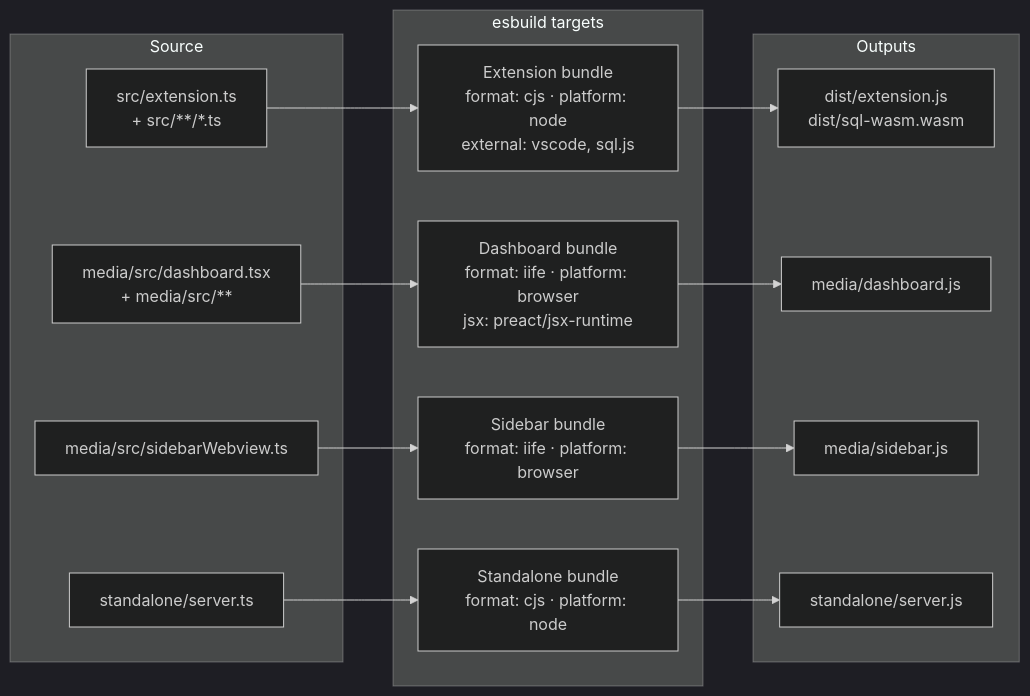
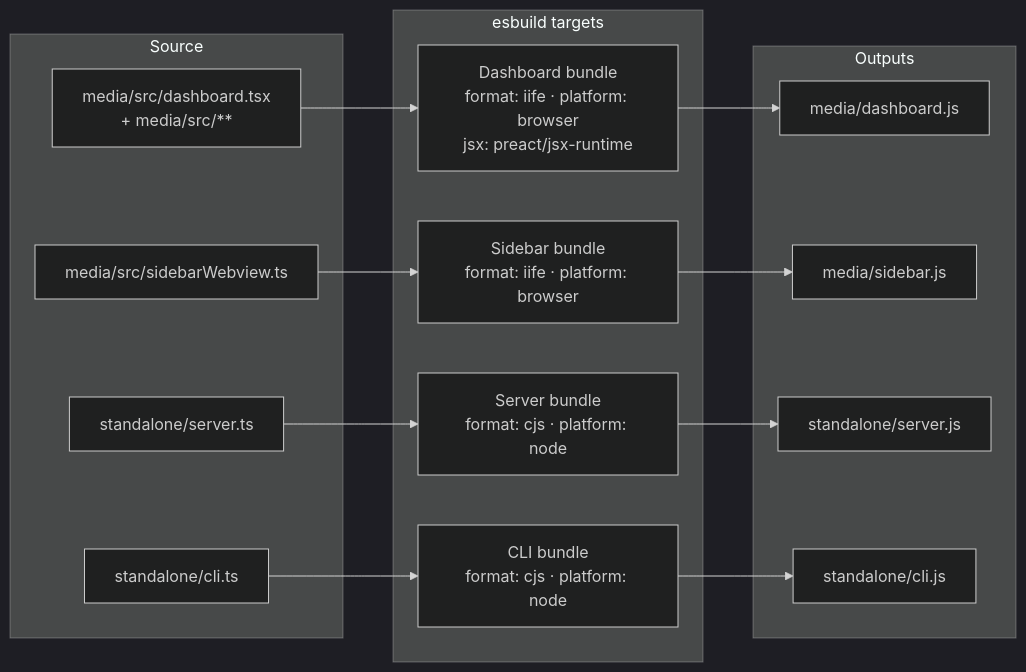
Before and after one commit to Emasoft/AgentlensPro: diagram 18 of 19 in ARCHITECTURE.md, drawn with Mermaid (dark theme). The commit also changed other lines of this file and 3 other files, not shown here.

````diff
--- a/ARCHITECTURE.md
+++ b/ARCHITECTURE.md
@@ -913,28 +927,28 @@
 ```mermaid
 graph LR
     subgraph Source
-        SRC_EXT[src/extension.ts<br/>+ src/**/*.ts]
         SRC_DASH[media/src/dashboard.tsx<br/>+ media/src/**]
         SRC_SB[media/src/sidebarWebview.ts]
         SRC_SA[standalone/server.ts]
+        SRC_CLI[standalone/cli.ts]
     end
 
     subgraph esbuild targets
-        B1[Extension bundle<br/>format: cjs · platform: node<br/>external: vscode, sql.js]
         B2[Dashboard bundle<br/>format: iife · platform: browser<br/>jsx: preact/jsx-runtime]
         B3[Sidebar bundle<br/>format: iife · platform: browser]
-        B4[Standalone bundle<br/>format: cjs · platform: node]
+        B4[Server bundle<br/>format: cjs · platform: node]
+        B5[CLI bundle<br/>format: cjs · platform: node]
     end
 
     subgraph Outputs
-        O1[dist/extension.js<br/>dist/sql-wasm.wasm]
         O2[media/dashboard.js]
         O3[media/sidebar.js]
         O4[standalone/server.js]
+        O5[standalone/cli.js]
     end
 
-    SRC_EXT --> B1 --> O1
     SRC_DASH --> B2 --> O2
     SRC_SB --> B3 --> O3
     SRC_SA --> B4 --> O4
+    SRC_CLI --> B5 --> O5
 ```
````
